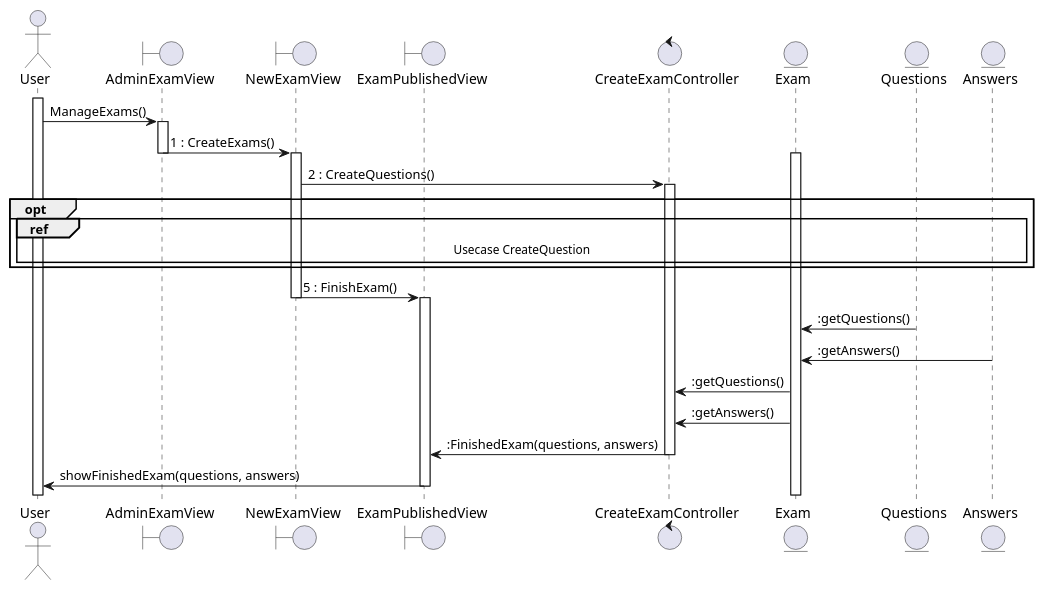
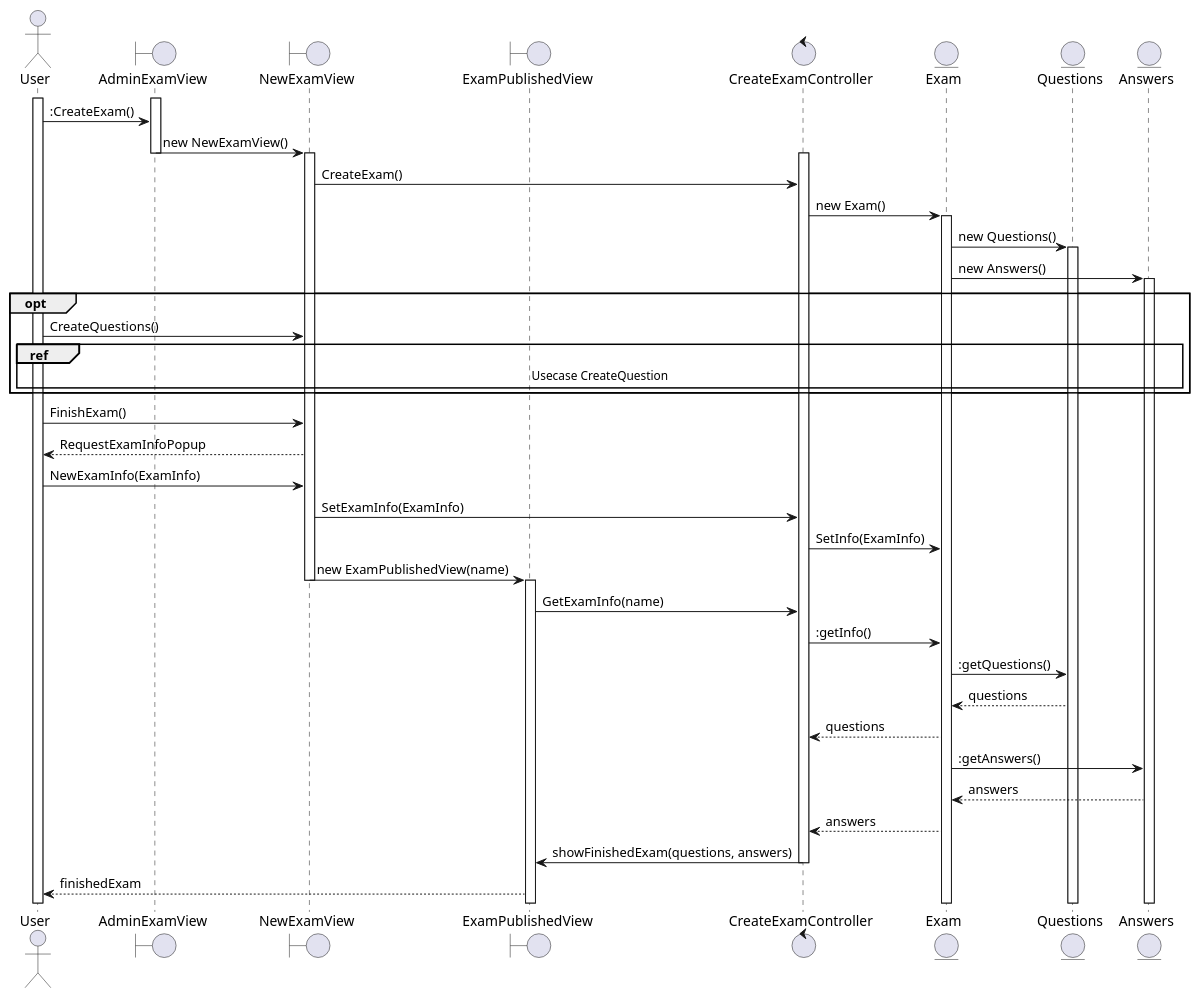
The diagram in docs/logicalView/desingView/classDesign/UC-CreateExam-SequenceDiagram.plantuml (TheSProyect/Proyecto-IS-Grupo-1), drawn with PlantUML before and after one commit.

Commit message:
Update UC-CreateExam-SequenceDiagram

```diff
--- a/docs/logicalView/desingView/classDesign/UC-CreateExam-SequenceDiagram.plantuml
+++ b/docs/logicalView/desingView/classDesign/UC-CreateExam-SequenceDiagram.plantuml
@@ -1,48 +1,70 @@
 @startuml
 actor User
 
 boundary AdminExamView as AV
 boundary NewExamView as NV
 boundary ExamPublishedView as PV
 
 control CreateExamController as C
 
 entity Exam as X
 entity Questions as Q
 entity Answers as A
-
 activate User
-User -> AV : ManageExams()
 activate AV
 
-AV -> NV : 1 : CreateExams()
+User -> AV : :CreateExam()
+
+AV -> NV : new NewExamView()
 deactivate AV
 activate NV
+
+activate C
+NV -> C : CreateExam()
+C -> X : new Exam()
 activate X
+X -> Q : new Questions()
+activate Q
+X -> A : new Answers()
+activate A
 
-NV -> C : 2 : CreateQuestions()
-activate C
 opt 
+User -> NV : CreateQuestions()
 ref over User,A
 Usecase CreateQuestion
 end ref
+
 end
-NV -> PV : 5 : FinishExam()
+
+User -> NV : FinishExam()
+
+NV --> User : RequestExamInfoPopup
+
+User -> NV : NewExamInfo(ExamInfo)
+
+NV -> C : SetExamInfo(ExamInfo)
+
+C -> X : SetInfo(ExamInfo)
+
+NV-> PV : new ExamPublishedView(name)
 deactivate NV
 activate PV
 
-Q -> X : :getQuestions()
+PV -> C : GetExamInfo(name)
 
-A -> X : :getAnswers()
+C -> X : :getInfo()
 
-X -> C : :getQuestions()
+X -> Q : :getQuestions()
+Q --> X : questions
+X --> C : questions
 
-X ->  C : :getAnswers()
+X -> A : :getAnswers()
+A --> X : answers
+X --> C : answers
 
 
-C -> PV : :FinishedExam(questions, answers)
+C -> PV : showFinishedExam(questions, answers)
 deactivate C
 
-PV -> User : showFinishedExam(questions, answers)
-deactivate PV
+PV --> User : finishedExam
 @enduml
```
